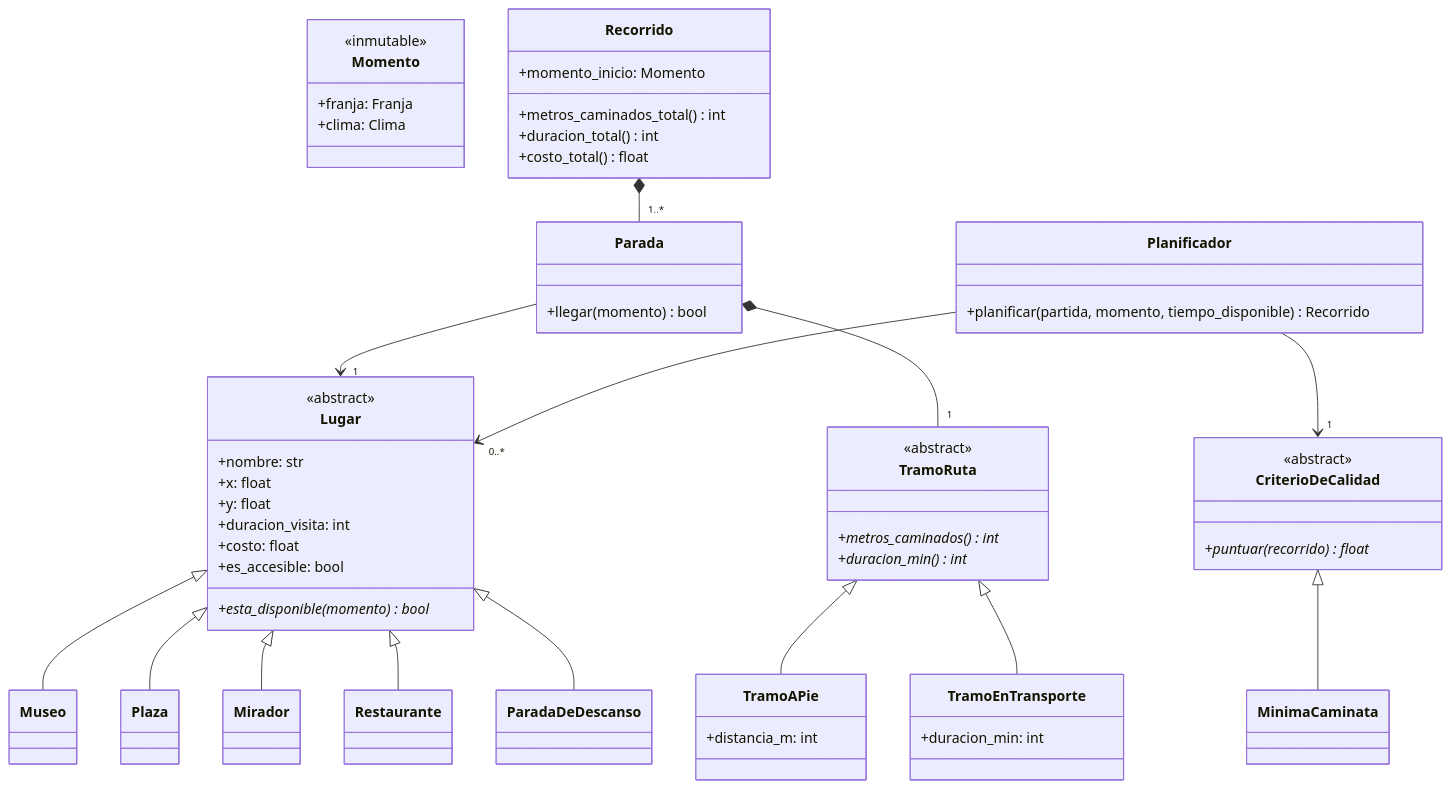
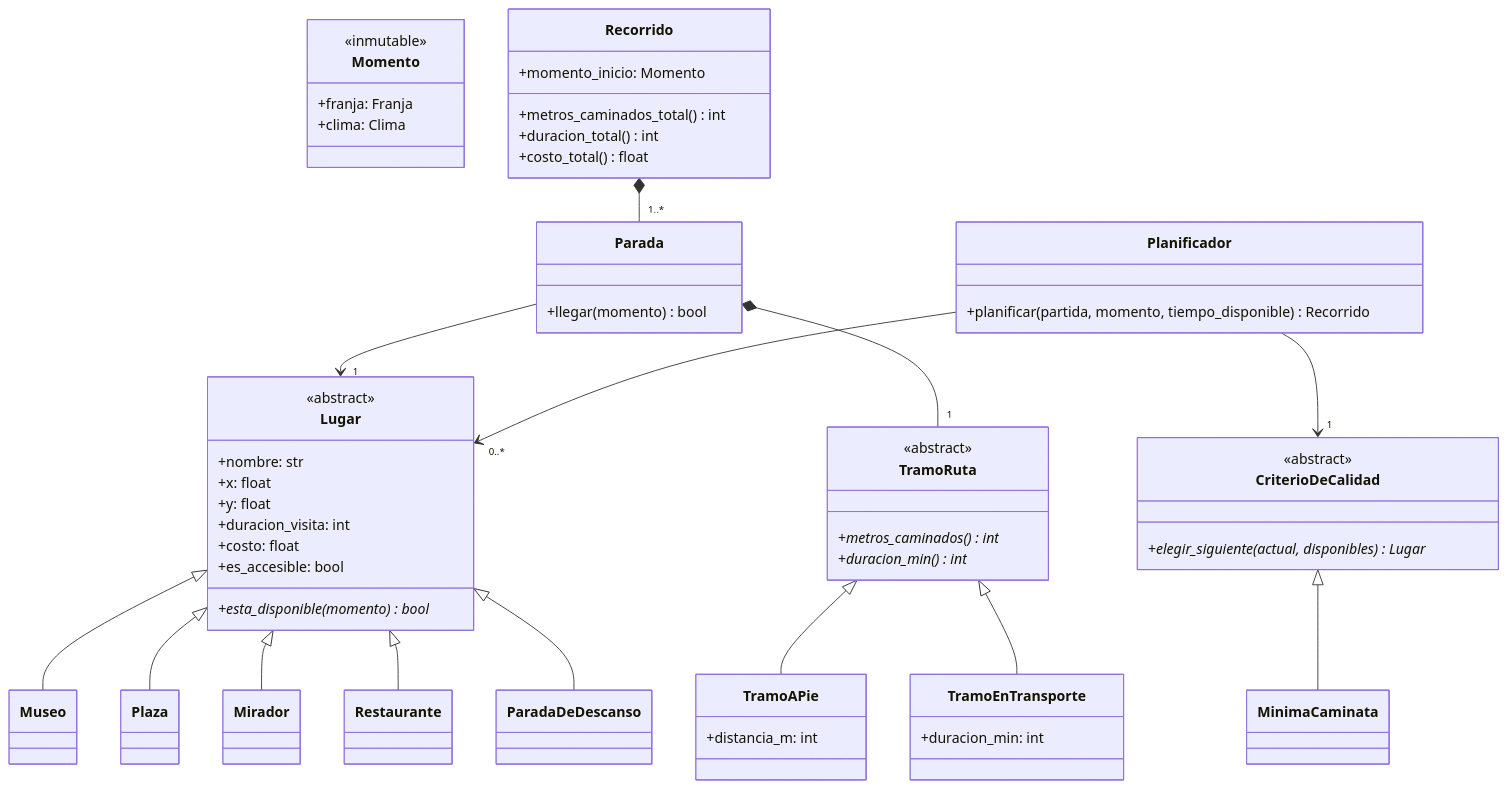
The diagram in DISENO.md (ernelol/ruta-viva), drawn with Mermaid before and after one commit. The commit also changed other lines of this file and 7 other files, not shown here.

````diff
--- a/DISENO.md
+++ b/DISENO.md
@@ -22,70 +22,70 @@
 ```mermaid
 classDiagram
     class Lugar {
         <<abstract>>
         +nombre: str
         +x: float
         +y: float
         +duracion_visita: int
         +costo: float
         +es_accesible: bool
         +esta_disponible(momento) bool*
     }
     class Museo
     class Plaza
     class Mirador
     class Restaurante
     class ParadaDeDescanso
     Lugar <|-- Museo
     Lugar <|-- Plaza
     Lugar <|-- Mirador
     Lugar <|-- Restaurante
     Lugar <|-- ParadaDeDescanso
 
     class Momento {
         <<inmutable>>
         +franja: Franja
         +clima: Clima
     }
 
     class TramoRuta {
         <<abstract>>
         +metros_caminados() int*
         +duracion_min() int*
     }
     class TramoAPie {
         +distancia_m: int
     }
     class TramoEnTransporte {
         +duracion_min: int
     }
     TramoRuta <|-- TramoAPie
     TramoRuta <|-- TramoEnTransporte
 
     class Parada {
         +llegar(momento) bool
     }
     Parada --> "1" Lugar
     Parada *-- "1" TramoRuta
 
     class Recorrido {
         +momento_inicio: Momento
         +metros_caminados_total() int
         +duracion_total() int
         +costo_total() float
     }
     Recorrido *-- "1..*" Parada
 
     class CriterioDeCalidad {
         <<abstract>>
-        +puntuar(recorrido) float*
+        +elegir_siguiente(actual, disponibles) Lugar*
     }
     class MinimaCaminata
     CriterioDeCalidad <|-- MinimaCaminata
 
     class Planificador {
         +planificar(partida, momento, tiempo_disponible) Recorrido
     }
     Planificador --> "0..*" Lugar
     Planificador --> "1" CriterioDeCalidad
 ```
````
